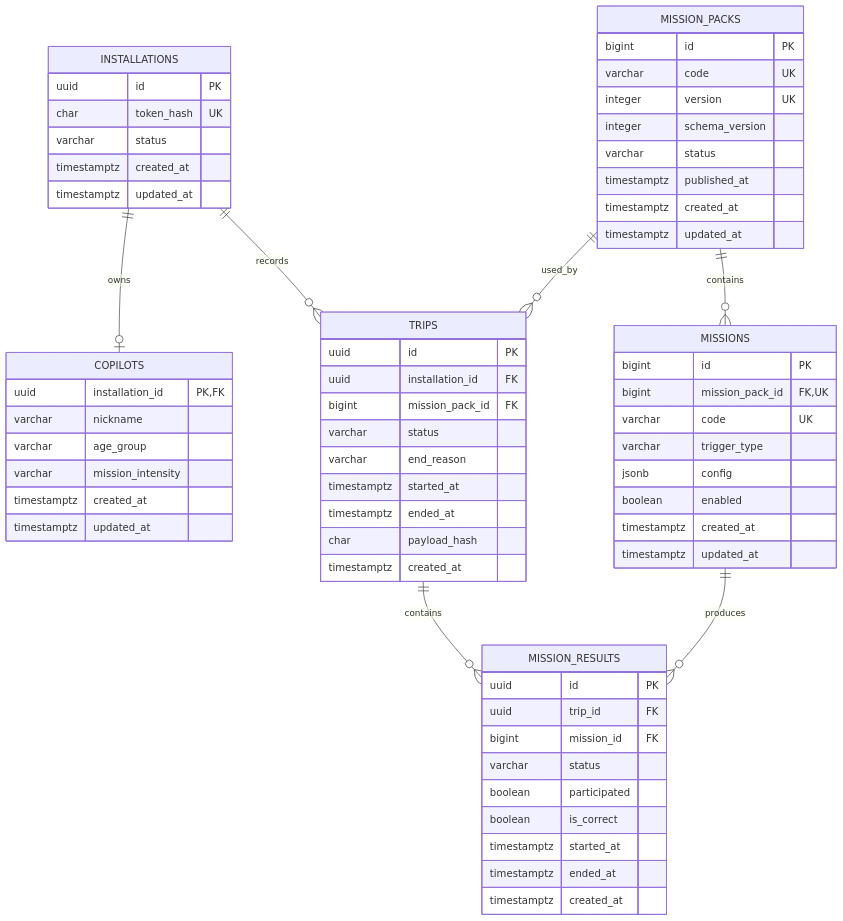
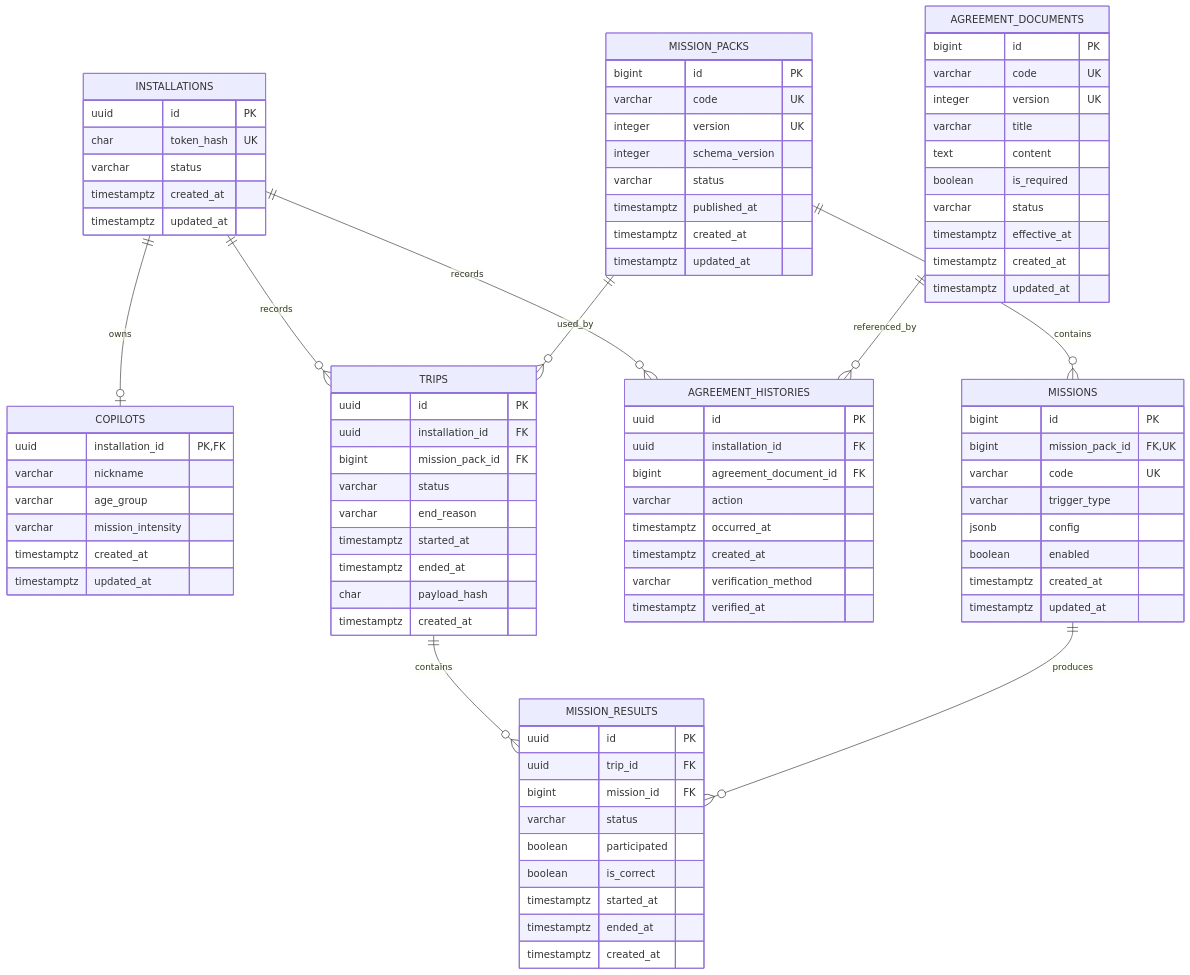
One commit to CHAGOKCHAGOK-DEV/Server changed the diagram in docs/erd/core-domain.md. Above: the diagram before and after it, drawn with Mermaid. The commit also changed other lines of this file and 13 other files, not shown here.

```diff
--- a/docs/erd/core-domain.md
+++ b/docs/erd/core-domain.md
@@ -6,11 +6,35 @@
 erDiagram
     INSTALLATIONS ||--o| COPILOTS : owns
     INSTALLATIONS ||--o{ TRIPS : records
+    INSTALLATIONS ||--o{ AGREEMENT_HISTORIES : records
+    AGREEMENT_DOCUMENTS ||--o{ AGREEMENT_HISTORIES : referenced_by
     MISSION_PACKS ||--o{ MISSIONS : contains
     MISSION_PACKS ||--o{ TRIPS : used_by
     TRIPS ||--o{ MISSION_RESULTS : contains
     MISSIONS ||--o{ MISSION_RESULTS : produces
 
+    AGREEMENT_DOCUMENTS {
+        bigint id PK
+        varchar code UK
+        integer version UK
+        varchar title
+        text content
+        boolean is_required
+        varchar status
+        timestamptz effective_at
+        timestamptz created_at
+        timestamptz updated_at
+    }
+    AGREEMENT_HISTORIES {
+        uuid id PK
+        uuid installation_id FK
+        bigint agreement_document_id FK
+        varchar action
+        timestamptz occurred_at
+        timestamptz created_at
+        varchar verification_method
+        timestamptz verified_at
+    }
     INSTALLATIONS {
         uuid id PK
         char token_hash UK
```
